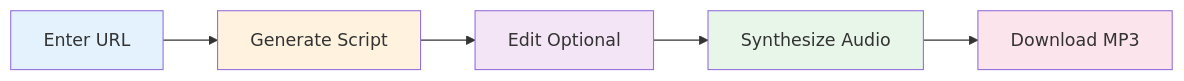
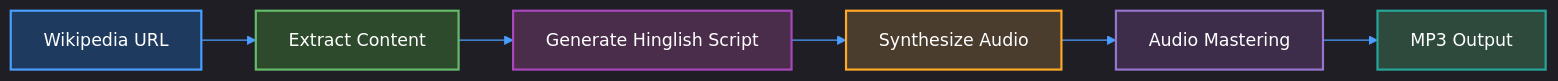
One commit to Hazenbox/Vani-ai changed the first of 2 diagrams in README.md. Above: the diagram before and after it, drawn with Mermaid. The commit also changed other lines of this file and 5 other files, not shown here.

First line of the commit message:
docs: Clean up root directory and update README with Python-focused dark diagrams

````diff
--- a/README.md
+++ b/README.md
@@ -259,13 +259,16 @@
 ```mermaid
+%%{init: {'theme':'dark', 'themeVariables': { 'primaryColor':'#1a1a1a','primaryTextColor':'#ffffff','primaryBorderColor':'#4a9eff','lineColor':'#4a9eff','secondaryColor':'#2d2d2d','tertiaryColor':'#1a1a1a'}}}%%
 graph LR
-    A[Enter URL] --> B[Generate Script]
-    B --> C[Edit Optional]
+    A[Wikipedia URL] --> B[Extract Content]
+    B --> C[Generate Hinglish Script]
     C --> D[Synthesize Audio]
-    D --> E[Download MP3]
+    D --> E[Audio Mastering]
+    E --> F[MP3 Output]
     
-    style A fill:#e3f2fd
-    style B fill:#fff3e0
-    style C fill:#f3e5f5
-    style D fill:#e8f5e9
-    style E fill:#fce4ec
+    style A fill:#1e3a5f,stroke:#4a9eff,stroke-width:2px,color:#fff
+    style B fill:#2d4a2d,stroke:#66bb6a,stroke-width:2px,color:#fff
+    style C fill:#4a2d4a,stroke:#ab47bc,stroke-width:2px,color:#fff
+    style D fill:#4a3d2d,stroke:#ffa726,stroke-width:2px,color:#fff
+    style E fill:#3d2d4a,stroke:#9575cd,stroke-width:2px,color:#fff
+    style F fill:#2d4a3d,stroke:#26a69a,stroke-width:2px,color:#fff
 ```
````
